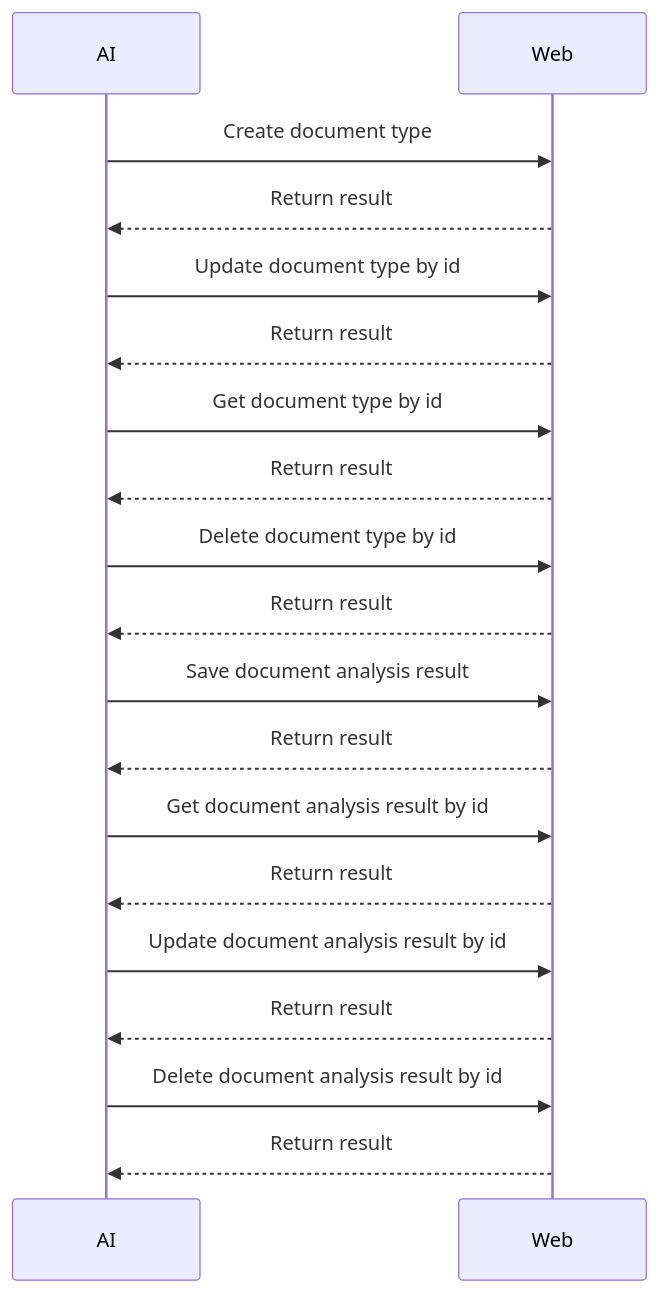
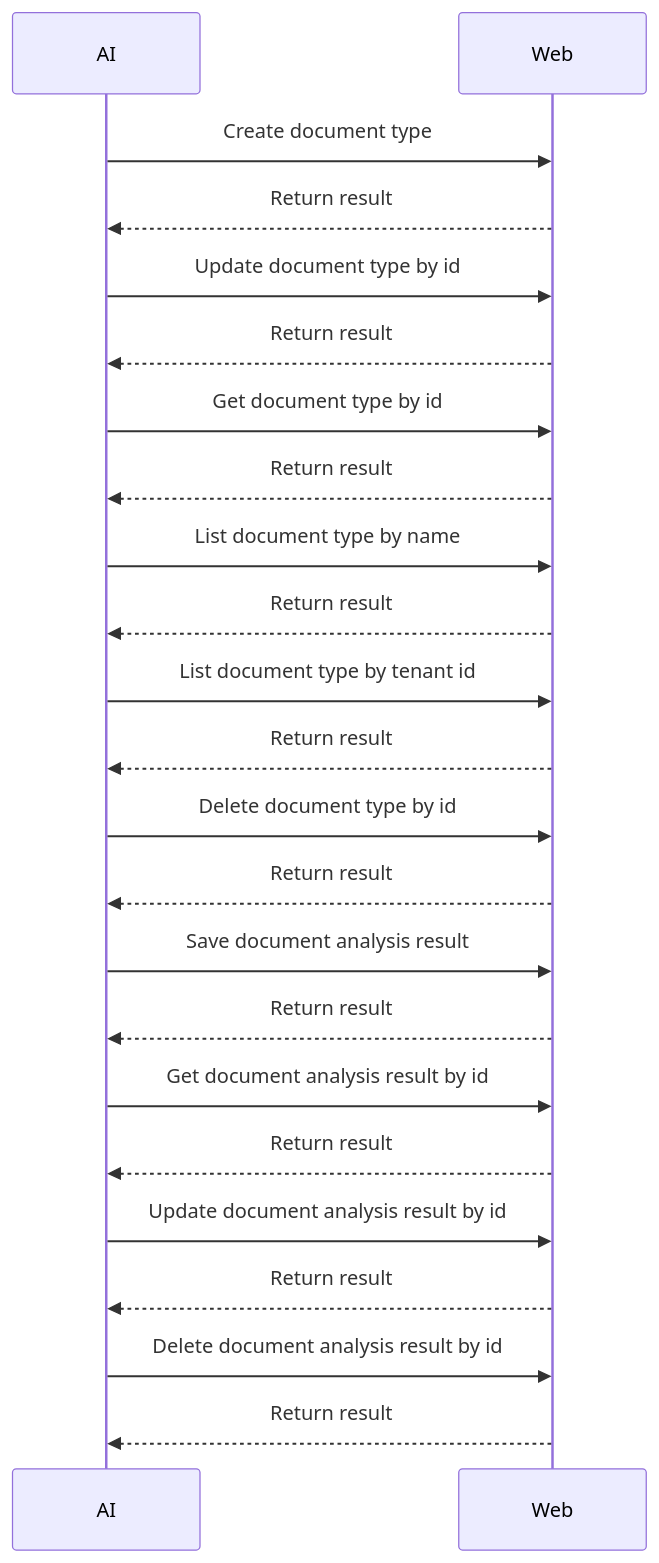
The second of 4 diagrams in README.md (tofuai/idoc), drawn with Mermaid before and after one commit. The commit also changed other lines of this file, not shown here.

Commit message:
update diagram

````diff
--- a/README.md
+++ b/README.md
@@ -75,19 +75,23 @@
 ```mermaid
 sequenceDiagram
 AI ->> Web: Create document type
 Web -->> AI: Return result
 AI ->> Web: Update document type by id
 Web -->> AI: Return result
 AI ->> Web: Get document type by id
+Web -->> AI: Return result
+AI ->> Web: List document type by name
+Web -->> AI: Return result
+AI ->> Web: List document type by tenant id
 Web -->> AI: Return result
 AI ->> Web: Delete document type by id
 Web -->> AI: Return result
 AI ->> Web: Save document analysis result
 Web -->> AI: Return result
 AI ->> Web: Get document analysis result by id
 Web -->> AI: Return result
 AI ->> Web: Update document analysis result by id
 Web -->> AI: Return result
 AI ->> Web: Delete document analysis result by id
 Web -->> AI: Return result
 ```
````
